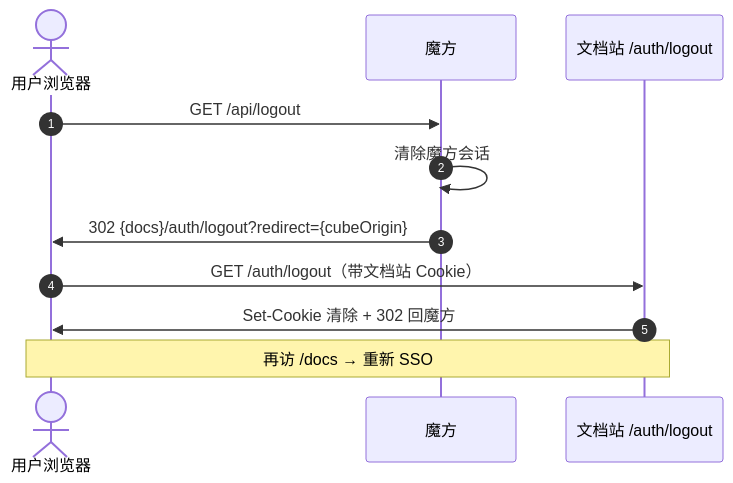
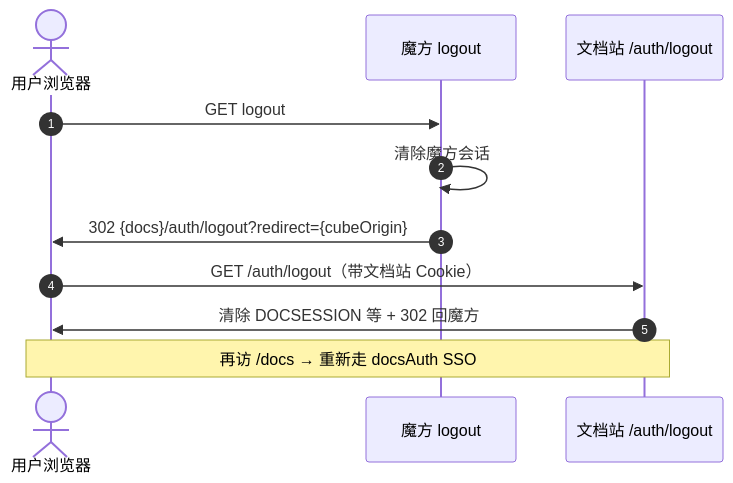
The fifth of 6 diagrams in deploy/CUBE_SSO.md (Necho-dev/rpa-products-docs), drawn with Mermaid before and after one commit. The commit also changed other lines of this file and 15 other files, not shown here.

````diff
--- a/deploy/CUBE_SSO.md
+++ b/deploy/CUBE_SSO.md
@@ -135,14 +315,14 @@
 ```mermaid
 sequenceDiagram
   autonumber
   actor User as 用户浏览器
-  participant Cube as 魔方
+  participant Cube as 魔方 logout
   participant Docs as 文档站 /auth/logout
 
-  User->>Cube: GET /api/logout
+  User->>Cube: GET logout
   Cube->>Cube: 清除魔方会话
   Cube->>User: 302 {docs}/auth/logout?redirect={cubeOrigin}
   User->>Docs: GET /auth/logout（带文档站 Cookie）
-  Docs->>User: Set-Cookie 清除 + 302 回魔方
-  Note over User,Docs: 再访 /docs → 重新 SSO
+  Docs->>User: 清除 DOCSESSION 等 + 302 回魔方
+  Note over User,Docs: 再访 /docs → 重新走 docsAuth SSO
 ```
````
